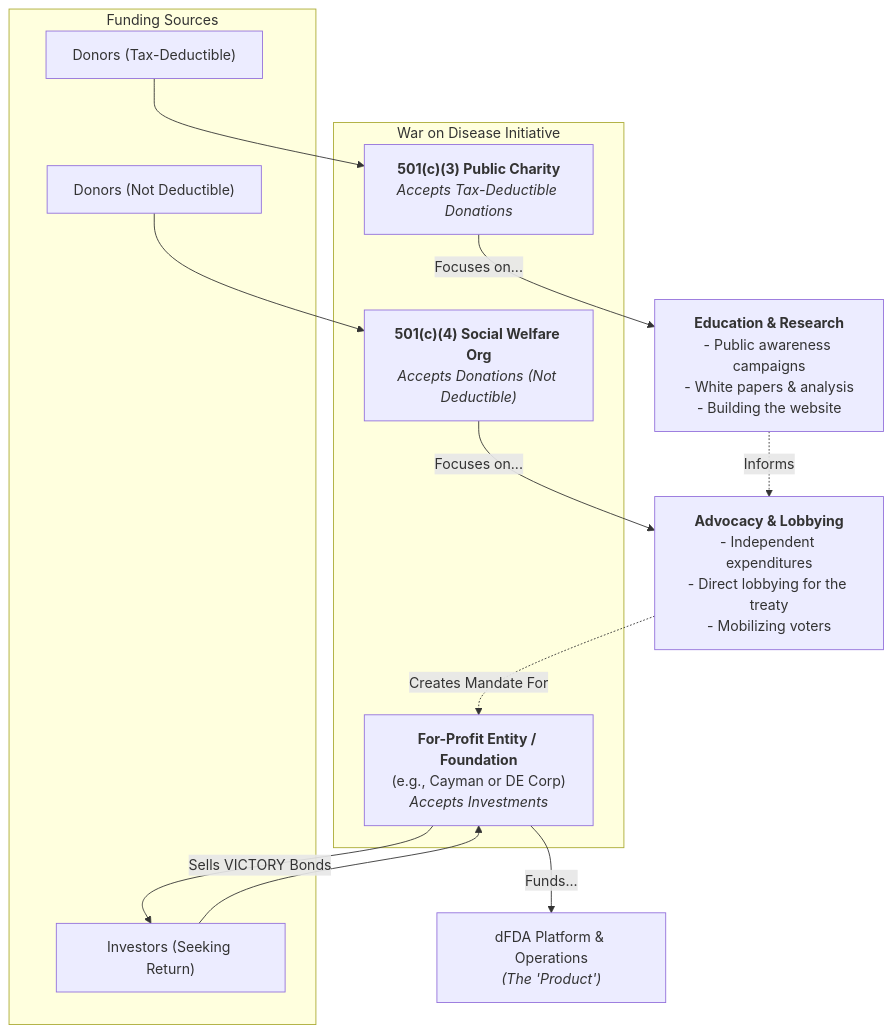
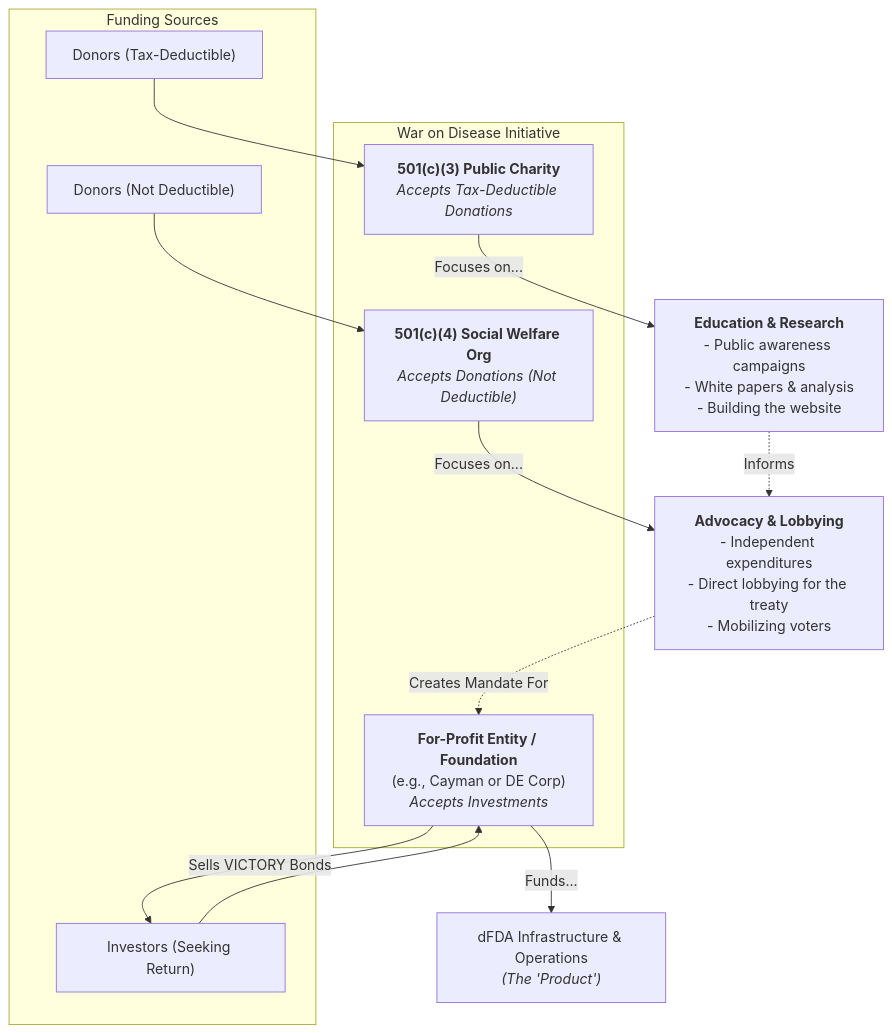
Before and after one commit to mikepsinn/disease-eradication-plan: the diagram in archive/legal/multi-entity-strategy.md, drawn with Mermaid. The commit also changed other lines of this file and 24 other files, not shown here.

Commit message:
dFDA Infrastructure

````diff
--- a/archive/legal/multi-entity-strategy.md
+++ b/archive/legal/multi-entity-strategy.md
@@ -25,24 +25,24 @@
 ```mermaid
 graph TD
     subgraph "War on Disease Initiative"
         A["<b>For-Profit Entity / Foundation</b><br/>(e.g., Cayman or DE Corp)<br/><i>Accepts Investments</i>"]
         B["<b>501(c)(3) Public Charity</b><br/><i>Accepts Tax-Deductible Donations</i>"]
         C["<b>501(c)(4) Social Welfare Org</b><br/><i>Accepts Donations (Not Deductible)</i>"]
     end
 
     A -- "Sells VICTORY Bonds" --> Investors
-    A -- "Funds..." --> D["dFDA Platform & Operations<br/><i>(The 'Product')</i>"]
+    A -- "Funds..." --> D["dFDA Infrastructure & Operations<br/><i>(The 'Product')</i>"]
 
     B -- "Focuses on..." --> E["<b>Education & Research</b><br/>- Public awareness campaigns<br/>- White papers & analysis<br/>- Building the website"]
 
     C -- "Focuses on..." --> F["<b>Advocacy & Lobbying</b><br/>- Independent expenditures<br/>- Direct lobbying for the treaty<br/>- Mobilizing voters"]
 
     subgraph "Funding Sources"
         Donors_c3["Donors (Tax-Deductible)"] --> B
         Donors_c4["Donors (Not Deductible)"] --> C
         Investors["Investors (Seeking Return)"] --> A
     end
 
     E -.->|"Informs"| F
     F -.->|"Creates Mandate For"| A
 ```
````
